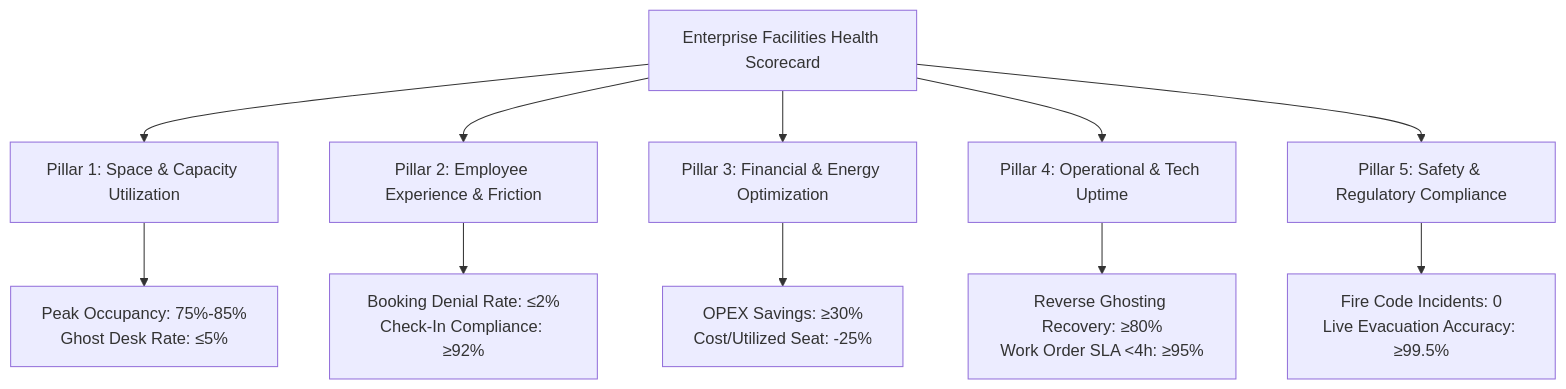
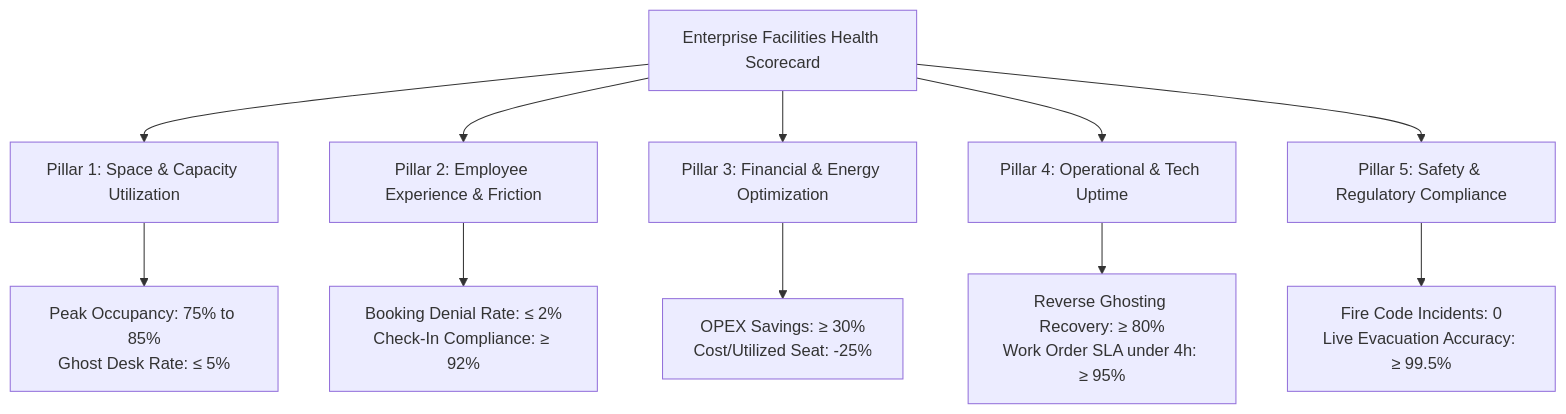
The second of 2 diagrams in README.md (Ankurchoudhary75/workinsync-tam-capacity-planner), drawn with Mermaid before and after one commit. The commit also changed other lines of this file and 1 other file, not shown here.

Commit message:
fix(mermaid): quote all node labels and subgraph titles to fix GitHub render parse error

````diff
--- a/README.md
+++ b/README.md
@@ -82,15 +82,15 @@
 ```mermaid
 graph TD
-    FM[Enterprise Facilities Health Scorecard]
-    FM --> P1[Pillar 1: Space & Capacity Utilization]
-    FM --> P2[Pillar 2: Employee Experience & Friction]
-    FM --> P3[Pillar 3: Financial & Energy Optimization]
-    FM --> P4[Pillar 4: Operational & Tech Uptime]
-    FM --> P5[Pillar 5: Safety & Regulatory Compliance]
+    FM["Enterprise Facilities Health Scorecard"]
+    FM --> P1["Pillar 1: Space & Capacity Utilization"]
+    FM --> P2["Pillar 2: Employee Experience & Friction"]
+    FM --> P3["Pillar 3: Financial & Energy Optimization"]
+    FM --> P4["Pillar 4: Operational & Tech Uptime"]
+    FM --> P5["Pillar 5: Safety & Regulatory Compliance"]
 
-    P1 --> K1[Peak Occupancy: 75%-85%<br>Ghost Desk Rate: ≤5%]
-    P2 --> K2[Booking Denial Rate: ≤2%<br>Check-In Compliance: ≥92%]
-    P3 --> K3[OPEX Savings: ≥30%<br>Cost/Utilized Seat: -25%]
-    P4 --> K4[Reverse Ghosting Recovery: ≥80%<br>Work Order SLA <4h: ≥95%]
-    P5 --> K5[Fire Code Incidents: 0<br>Live Evacuation Accuracy: ≥99.5%]
+    P1 --> K1["Peak Occupancy: 75% to 85%<br>Ghost Desk Rate: &le; 5%"]
+    P2 --> K2["Booking Denial Rate: &le; 2%<br>Check-In Compliance: &ge; 92%"]
+    P3 --> K3["OPEX Savings: &ge; 30%<br>Cost/Utilized Seat: -25%"]
+    P4 --> K4["Reverse Ghosting Recovery: &ge; 80%<br>Work Order SLA under 4h: &ge; 95%"]
+    P5 --> K5["Fire Code Incidents: 0<br>Live Evacuation Accuracy: &ge; 99.5%"]
 ```
````
